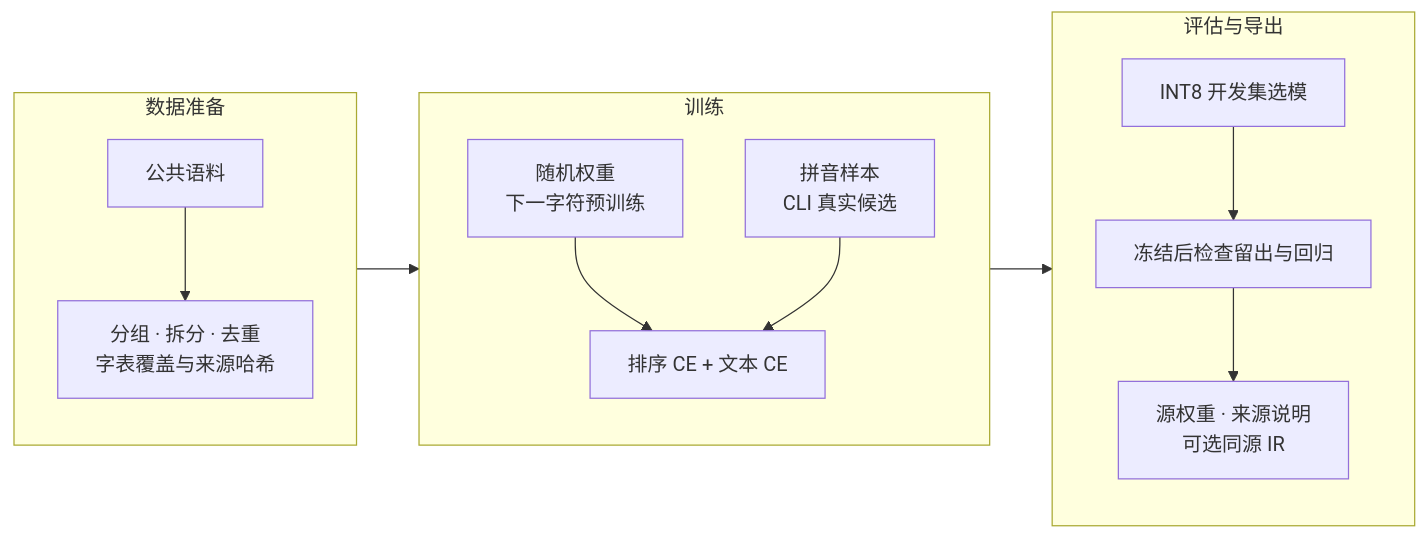
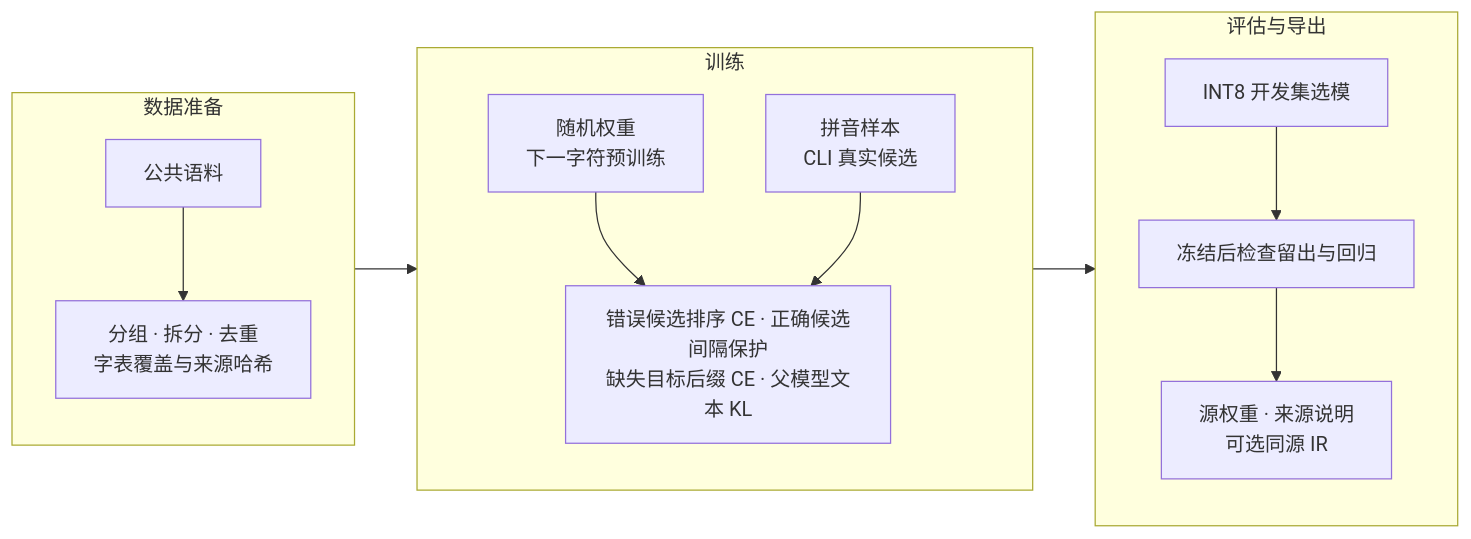
Before and after one commit to NEX-S/yanliu: the third of 3 diagrams in README.md, drawn with Mermaid. The commit also changed other lines of this file and 39 other files, not shown here.

````diff
--- a/README.md
+++ b/README.md
@@ -176,18 +179,18 @@
 ```mermaid
 flowchart LR
     subgraph Data["数据准备"]
         direction TB
         Sources["公共语料"] --> Clean["分组 · 拆分 · 去重<br/>字表覆盖与来源哈希"]
     end
     subgraph Train["训练"]
         direction TB
-        Pretrain["随机权重<br/>下一字符预训练"] --> Tune["排序 CE + 文本 CE"]
+        Pretrain["随机权重<br/>下一字符预训练"] --> Tune["错误候选排序 CE · 正确候选间隔保护<br/>缺失目标后缀 CE · 父模型文本 KL"]
         Recall["拼音样本<br/>CLI 真实候选"] --> Tune
     end
     subgraph Check["评估与导出"]
         direction TB
         Dev["INT8 开发集选模"] --> Holdout["冻结后检查留出与回归"]
         Holdout --> Delivery["源权重 · 来源说明<br/>可选同源 IR"]
     end
     Data --> Train --> Check
 ```
````
